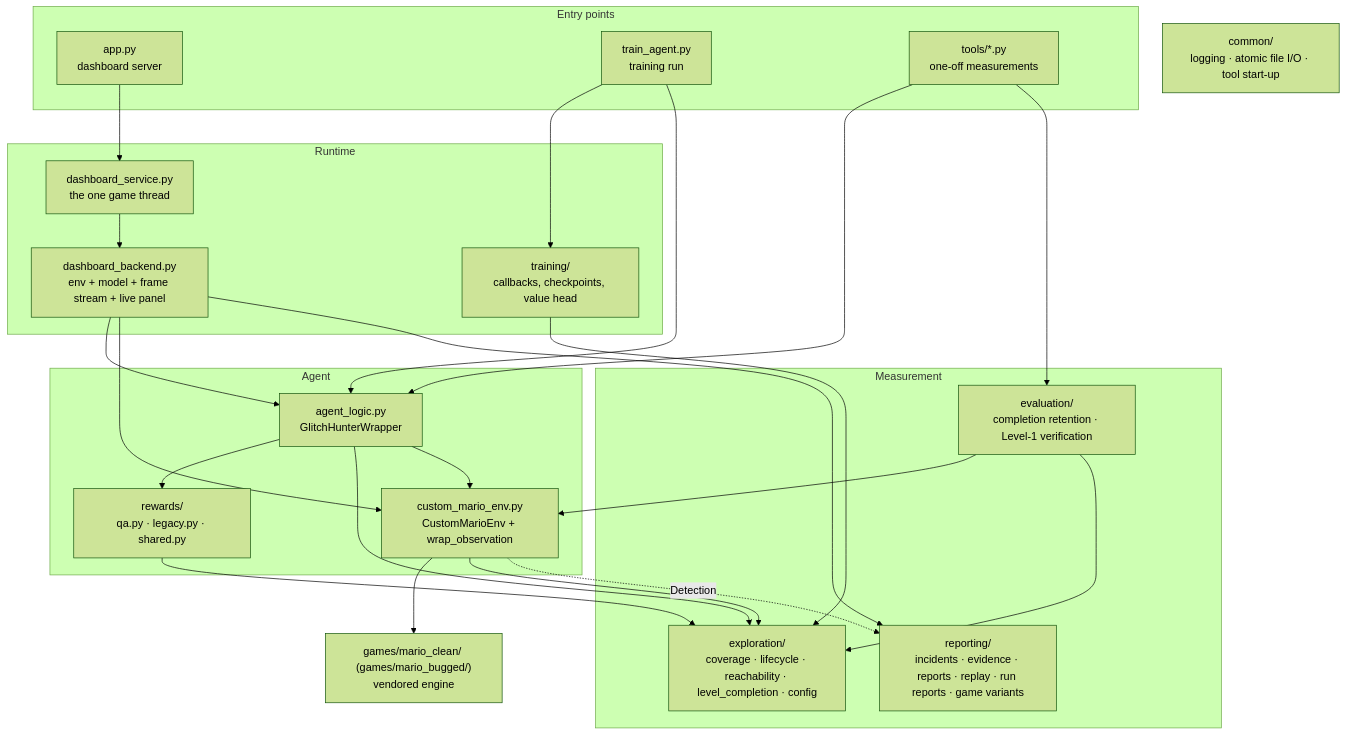
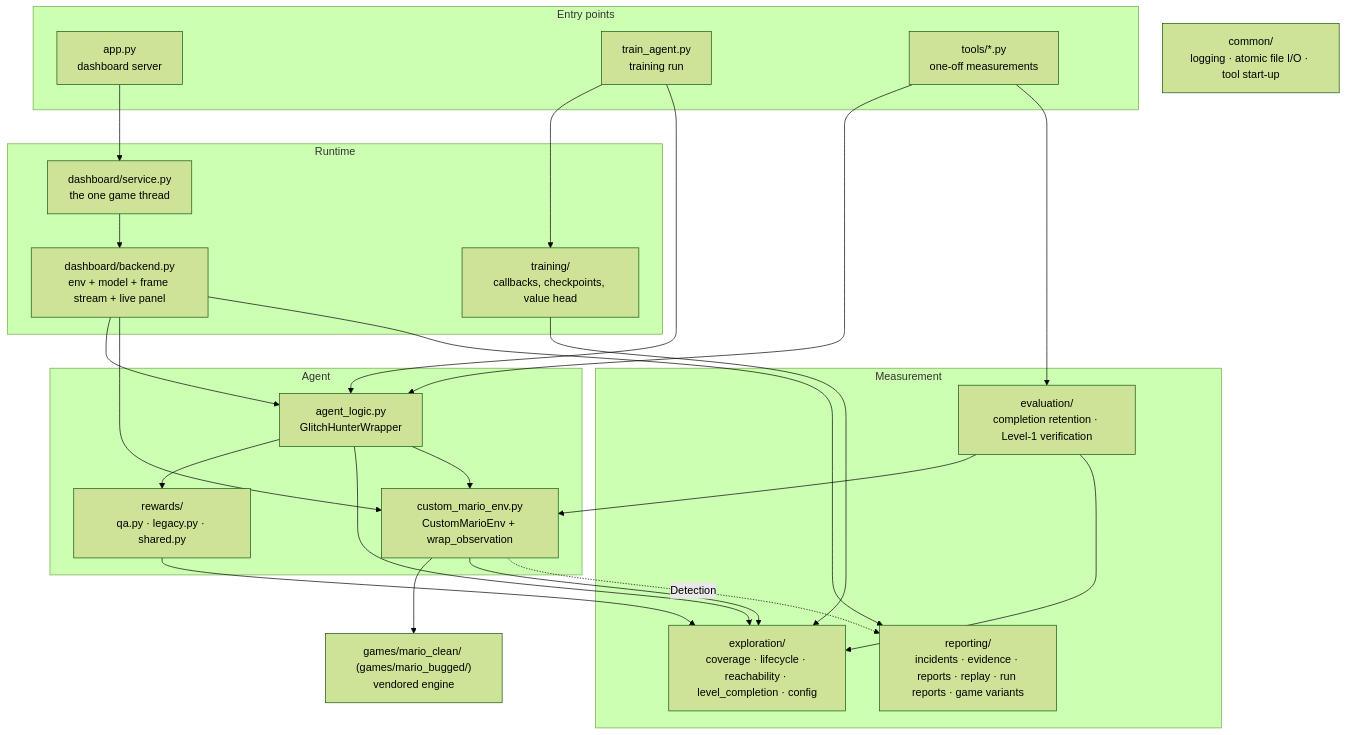
One commit to TanmaySingh2711/glitch_hunter_project changed the diagram in docs/ARCHITECTURE.md. Above: the diagram before and after it, drawn with Mermaid (forest theme). The commit also changed other lines of this file and 65 other files, not shown here.

````diff
--- a/docs/ARCHITECTURE.md
+++ b/docs/ARCHITECTURE.md
@@ -11,42 +11,42 @@
 ```mermaid
 flowchart TD
     subgraph entry["Entry points"]
         APP["app.py<br/>dashboard server"]
         TRAIN["train_agent.py<br/>training run"]
         TOOLS["tools/*.py<br/>one-off measurements"]
     end
     subgraph runtime["Runtime"]
-        SVC["dashboard_service.py<br/>the one game thread"]
-        BACK["dashboard_backend.py<br/>env + model + frame stream + live panel"]
+        SVC["dashboard/service.py<br/>the one game thread"]
+        BACK["dashboard/backend.py<br/>env + model + frame stream + live panel"]
         TRN["training/<br/>callbacks, checkpoints, value head"]
     end
     subgraph agent["Agent"]
         WRAP["agent_logic.py<br/>GlitchHunterWrapper"]
         REW["rewards/<br/>qa.py · legacy.py · shared.py"]
         ENV["custom_mario_env.py<br/>CustomMarioEnv + wrap_observation"]
     end
     subgraph measure["Measurement"]
         EXP["exploration/<br/>coverage · lifecycle · reachability · level_completion · config"]
         EVAL["evaluation/<br/>completion retention · Level-1 verification"]
         REPT["reporting/<br/>incidents · evidence · reports · replay · run reports · game variants"]
     end
     GAME["games/mario_clean/ (games/mario_bugged/)<br/>vendored engine"]
     COMMON["common/<br/>logging · atomic file I/O · tool start-up"]
 
     APP --> SVC --> BACK --> WRAP
     TRAIN --> TRN
     TRAIN --> WRAP
     TOOLS --> WRAP
     TOOLS --> EVAL
     WRAP --> REW
     WRAP --> EXP
     REW --> EXP
     WRAP --> ENV --> GAME
     ENV --> EXP
     BACK --> ENV
     BACK --> REPT
     ENV -. Detection .-> REPT
     EVAL --> ENV
     EVAL --> EXP
     TRN --> EXP
 ```
````
